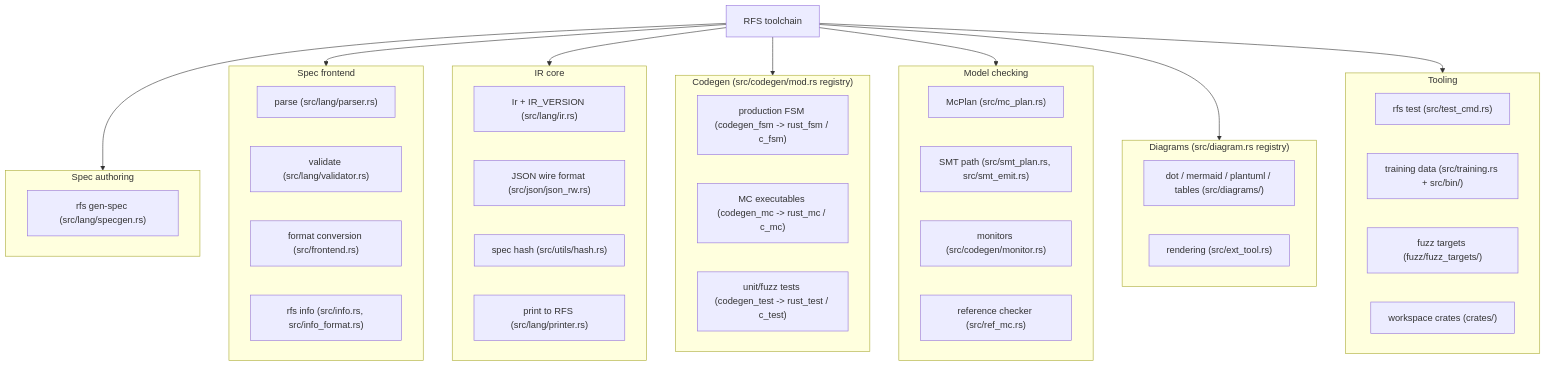
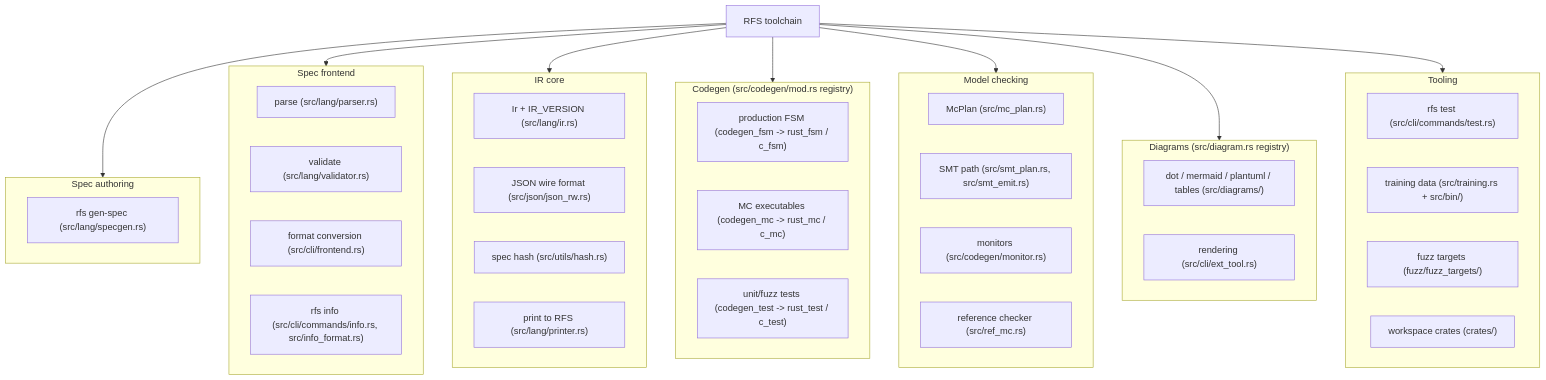
One commit to vasil-sd/RFS changed the second of 2 diagrams in docs/dev/ARCHITECTURE.md. Above: the diagram before and after it, drawn with Mermaid. The commit also changed other lines of this file and 60 other files, not shown here.

````diff
--- a/docs/dev/ARCHITECTURE.md
+++ b/docs/dev/ARCHITECTURE.md
@@ -114,55 +114,55 @@
 ```mermaid
 flowchart TD
     RFS["RFS toolchain"]
 
     subgraph AUTHOR["Spec authoring"]
         GEN["rfs gen-spec (src/lang/specgen.rs)"]
     end
 
     subgraph FRONT["Spec frontend"]
         PARSE["parse (src/lang/parser.rs)"]
         VALIDATE["validate (src/lang/validator.rs)"]
-        CONVERT["format conversion (src/frontend.rs)"]
-        INFO["rfs info (src/info.rs, src/info_format.rs)"]
+        CONVERT["format conversion (src/cli/frontend.rs)"]
+        INFO["rfs info (src/cli/commands/info.rs, src/info_format.rs)"]
     end
 
     subgraph IRCORE["IR core"]
         IR["Ir + IR_VERSION (src/lang/ir.rs)"]
         JSON["JSON wire format (src/json/json_rw.rs)"]
         HASH["spec hash (src/utils/hash.rs)"]
         PRINT["print to RFS (src/lang/printer.rs)"]
     end
 
     subgraph CODEGEN["Codegen (src/codegen/mod.rs registry)"]
         PROD["production FSM (codegen_fsm -> rust_fsm / c_fsm)"]
         MCBIN["MC executables (codegen_mc -> rust_mc / c_mc)"]
         TESTS["unit/fuzz tests (codegen_test -> rust_test / c_test)"]
     end
 
     subgraph MCENG["Model checking"]
         PLAN["McPlan (src/mc_plan.rs)"]
         SMT["SMT path (src/smt_plan.rs, src/smt_emit.rs)"]
         MON["monitors (src/codegen/monitor.rs)"]
         REF["reference checker (src/ref_mc.rs)"]
     end
 
     subgraph DIAGRAMS["Diagrams (src/diagram.rs registry)"]
         FORMATS["dot / mermaid / plantuml / tables (src/diagrams/)"]
-        RENDER["rendering (src/ext_tool.rs)"]
+        RENDER["rendering (src/cli/ext_tool.rs)"]
     end
 
     subgraph TOOLING["Tooling"]
-        TESTCMD["rfs test (src/test_cmd.rs)"]
+        TESTCMD["rfs test (src/cli/commands/test.rs)"]
         TRAIN["training data (src/training.rs + src/bin/)"]
         FUZZ["fuzz targets (fuzz/fuzz_targets/)"]
         CRATES["workspace crates (crates/)"]
     end
 
     RFS --> AUTHOR
     RFS --> FRONT
     RFS --> IRCORE
     RFS --> CODEGEN
     RFS --> MCENG
     RFS --> DIAGRAMS
     RFS --> TOOLING
 ```
````
